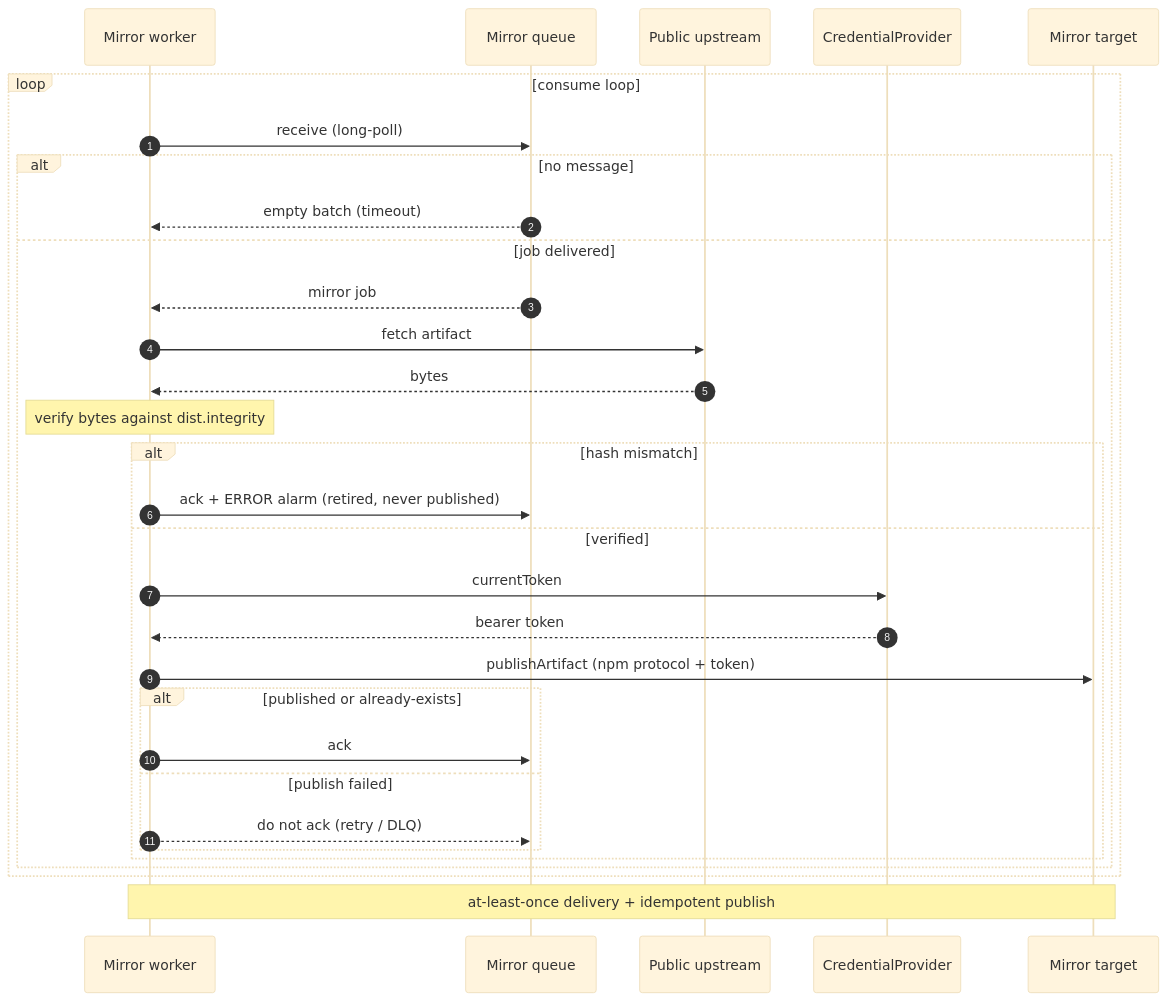
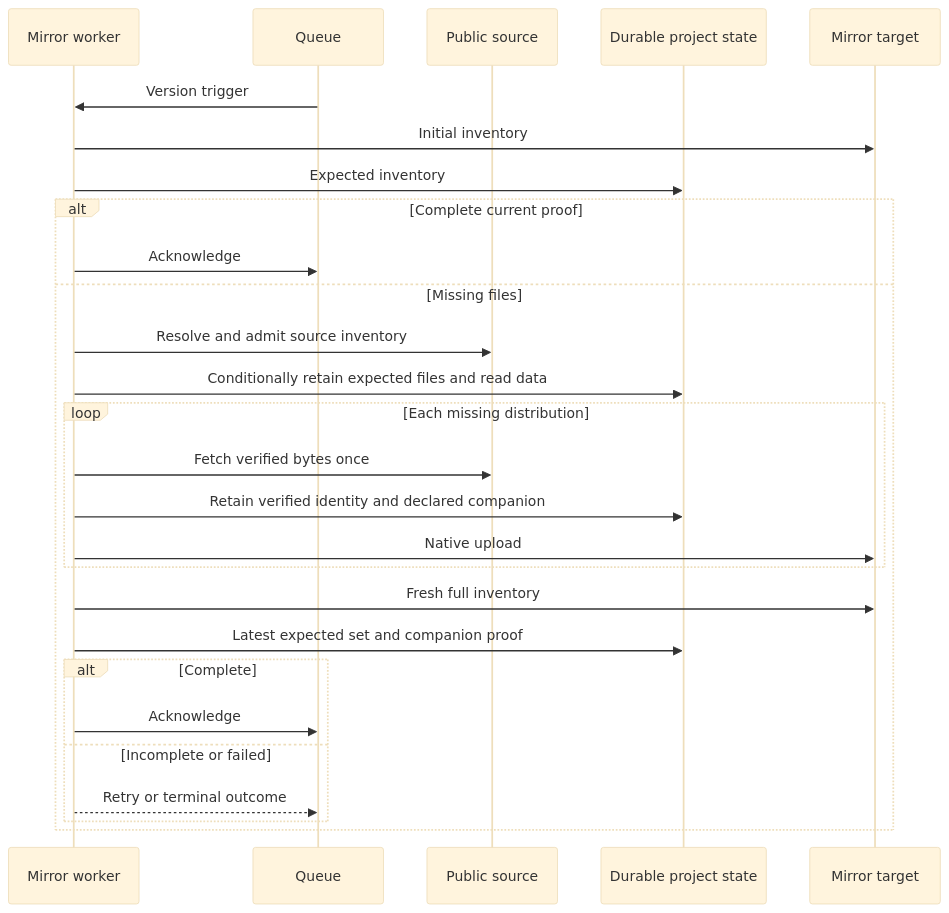
Before and after one commit to AlexaDeWit/Ecluse: the diagram in docs/architecture/cloud-backends.md, drawn with Mermaid (base theme). The commit also changed other lines of this file and 297 other files, not shown here.

````diff
--- a/docs/architecture/cloud-backends.md
+++ b/docs/architecture/cloud-backends.md
@@ -62,34 +89,29 @@
 ```mermaid
 sequenceDiagram
-    autonumber
     participant W as Mirror worker
-    participant Queue as Mirror queue
-    participant Pub as Public upstream
-    participant Cred as CredentialProvider
-    participant Mirror as Mirror target
-
-    loop consume loop
-        W->>Queue: receive (long-poll)
-        alt no message
-            Queue-->>W: empty batch (timeout)
-        else job delivered
-            Queue-->>W: mirror job
-            W->>Pub: fetch artifact
-            Pub-->>W: bytes
-            Note over W: verify bytes against dist.integrity
-            alt hash mismatch
-                W->>Queue: ack + ERROR alarm (retired, never published)
-            else verified
-                W->>Cred: currentToken
-                Cred-->>W: bearer token
-                W->>Mirror: publishArtifact (npm protocol + token)
-                alt published or already-exists
-                    W->>Queue: ack
-                else publish failed
-                    W-->>Queue: do not ack (retry / DLQ)
-                end
-            end
+    participant Q as Queue
+    participant P as Public source
+    participant S as Durable project state
+    participant T as Mirror target
+    Q->>W: Version trigger
+    W->>T: Initial inventory
+    W->>S: Expected inventory
+    alt Complete current proof
+        W->>Q: Acknowledge
+    else Missing files
+        W->>P: Resolve and admit source inventory
+        W->>S: Conditionally retain expected files and read data
+        loop Each missing distribution
+            W->>P: Fetch verified bytes once
+            W->>S: Retain verified identity and declared companion
+            W->>T: Native upload
+        end
+        W->>T: Fresh full inventory
+        W->>S: Latest expected set and companion proof
+        alt Complete
+            W->>Q: Acknowledge
+        else Incomplete or failed
+            W-->>Q: Retry or terminal outcome
         end
     end
-    Note over W,Mirror: at-least-once delivery + idempotent publish
 ```
````
